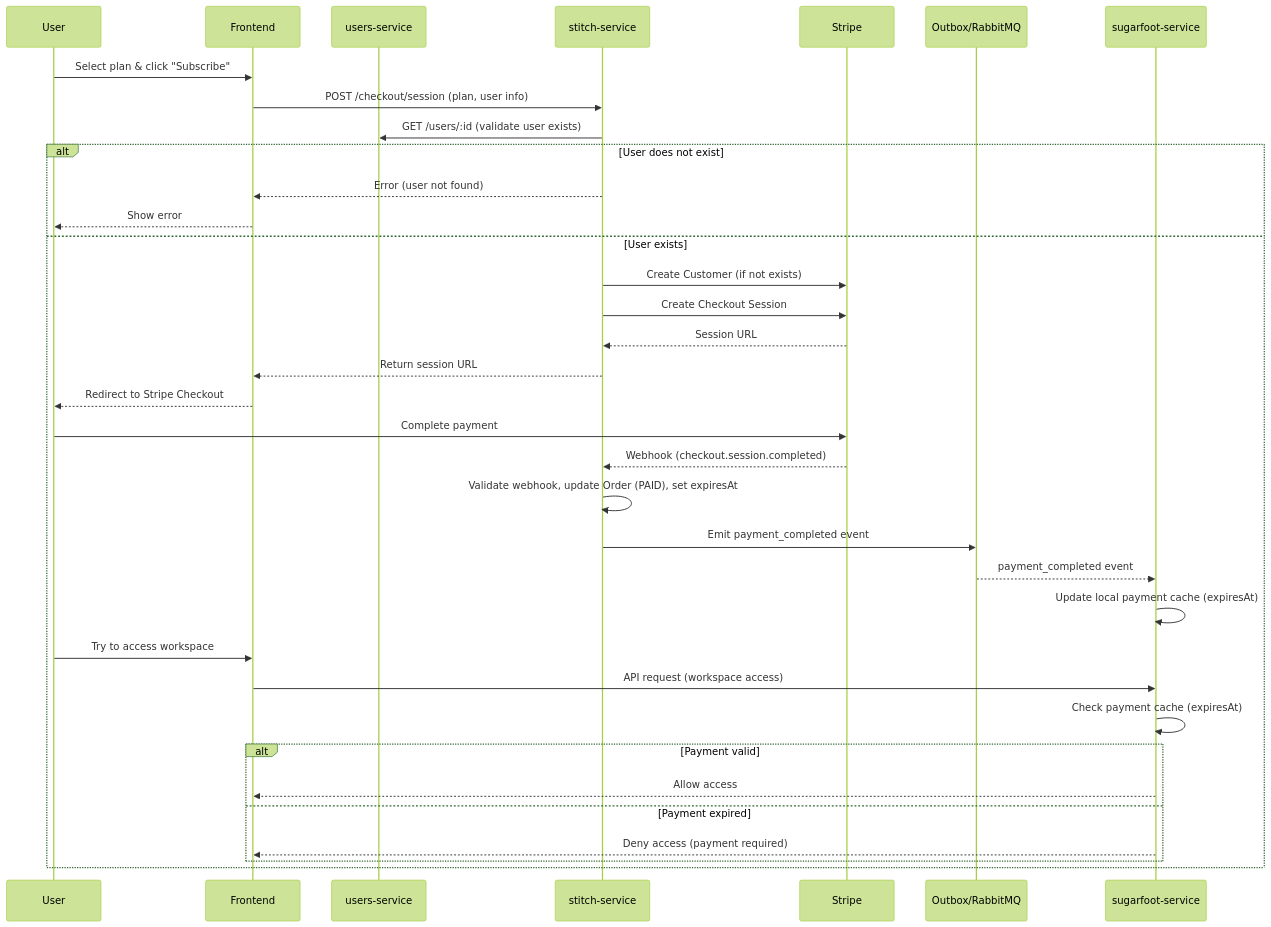
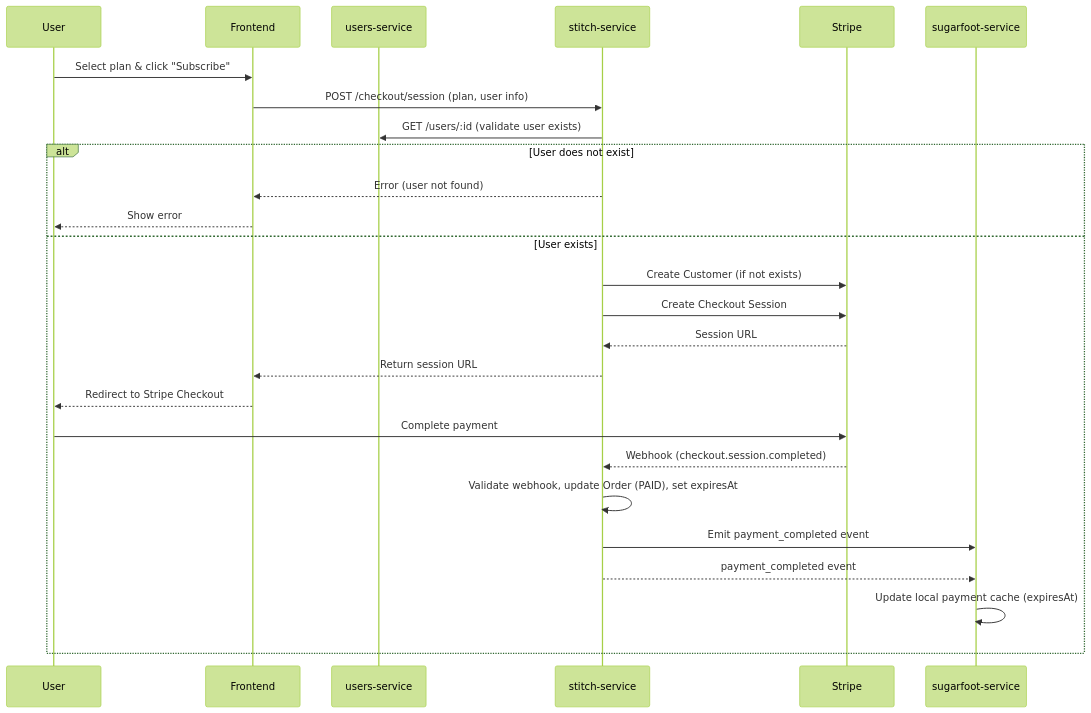
The diagram in apps/stitch/README.md (tassioFront/fubs), drawn with Mermaid (forest theme) before and after one commit. The commit also changed 3 other files, not shown here.

````diff
--- a/apps/stitch/README.md
+++ b/apps/stitch/README.md
@@ -77,38 +77,29 @@
 ```mermaid
 sequenceDiagram
 	participant U as User
 	participant FE as Frontend
 	participant Users as users-service
 	participant Stitch as stitch-service
 	participant Stripe as Stripe
-	participant Outbox as Outbox/RabbitMQ
 	participant Sugar as sugarfoot-service
 
 	U->>FE: Select plan & click "Subscribe"
 	FE->>Stitch: POST /checkout/session (plan, user info)
 	Stitch->>Users: GET /users/:id (validate user exists)
 	alt User does not exist
 		Stitch-->>FE: Error (user not found)
 		FE-->>U: Show error
 	else User exists
 		Stitch->>Stripe: Create Customer (if not exists)
 		Stitch->>Stripe: Create Checkout Session
 		Stripe-->>Stitch: Session URL
 		Stitch-->>FE: Return session URL
 		FE-->>U: Redirect to Stripe Checkout
 		U->>Stripe: Complete payment
 		Stripe-->>Stitch: Webhook (checkout.session.completed)
 		Stitch->>Stitch: Validate webhook, update Order (PAID), set expiresAt
-		Stitch->>Outbox: Emit payment_completed event
-		Outbox-->>Sugar: payment_completed event
+		Stitch->>Sugar: Emit payment_completed event
+		Stitch-->>Sugar: payment_completed event
 		Sugar->>Sugar: Update local payment cache (expiresAt)
-		U->>FE: Try to access workspace
-		FE->>Sugar: API request (workspace access)
-		Sugar->>Sugar: Check payment cache (expiresAt)
-		alt Payment valid
-			Sugar-->>FE: Allow access
-		else Payment expired
-			Sugar-->>FE: Deny access (payment required)
-		end
 	end
 ```
````
